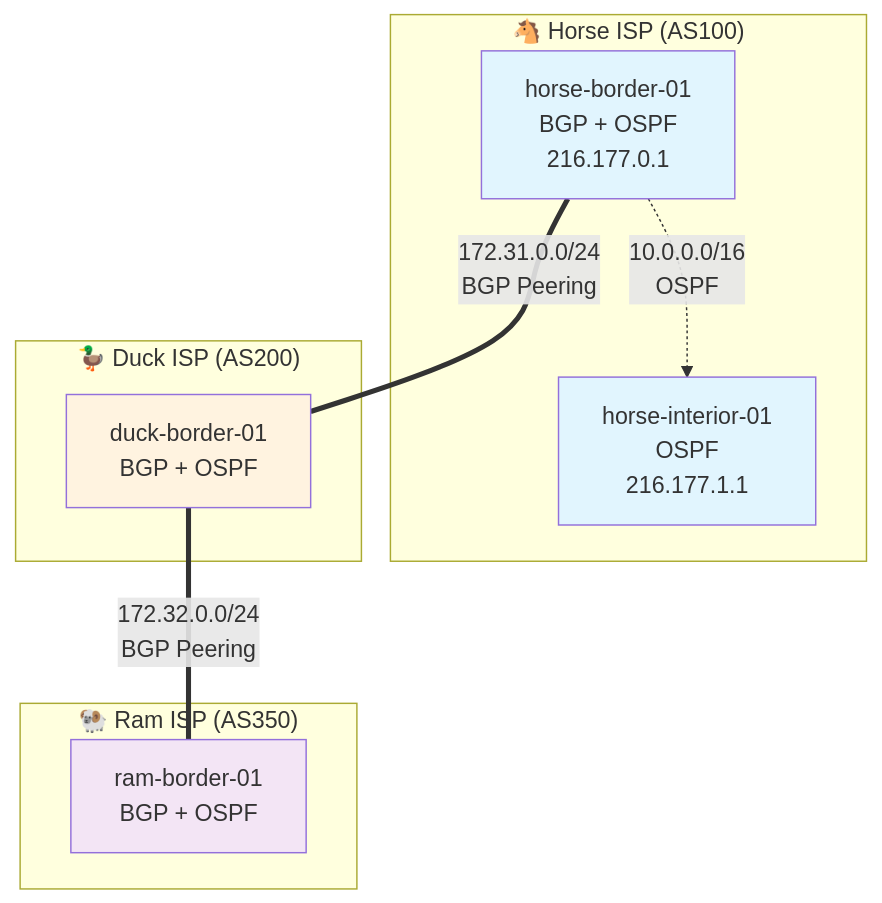
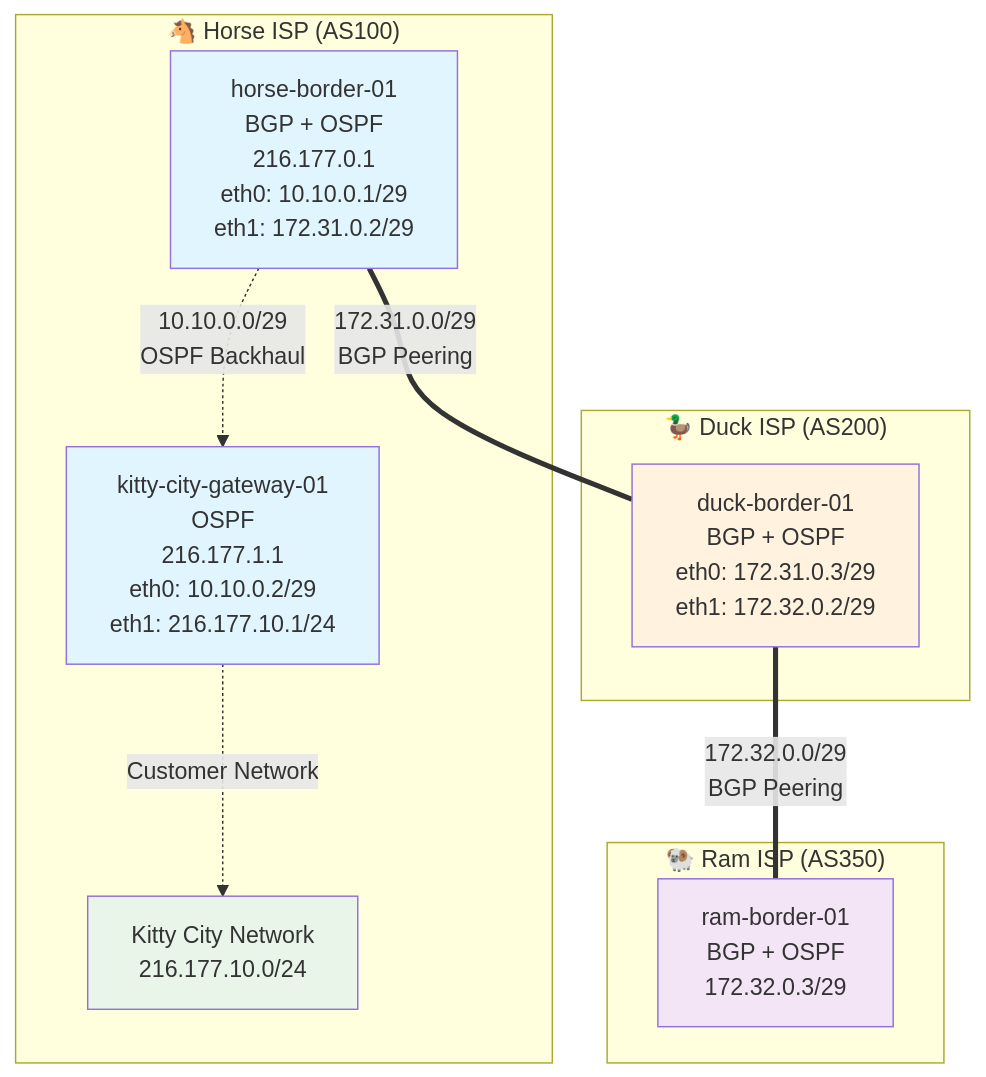
One commit to PatchworkHorse/InternetEmulator changed the diagram in README.md. Above: the diagram before and after it, drawn with Mermaid. The commit also changed other lines of this file and 5 other files, not shown here.

````diff
--- a/README.md
+++ b/README.md
@@ -38,27 +38,31 @@
 ```mermaid
 graph TD
    subgraph "🐴 Horse ISP (AS100)"
-      HB[horse-border-01<br>BGP + OSPF<br>216.177.0.1]
-      HI[horse-interior-01<br>OSPF<br>216.177.1.1]
-      HB -.->|"10.0.0.0/16<br>OSPF"| HI
+      HB[horse-border-01<br>BGP + OSPF<br>216.177.0.1<br>eth0: 10.10.0.1/29<br>eth1: 172.31.0.2/29]
+      HI[kitty-city-gateway-01<br>OSPF<br>216.177.1.1<br>eth0: 10.10.0.2/29<br>eth1: 216.177.10.1/24]
+      KC[Kitty City Network<br>216.177.10.0/24]
+      HB -.->|"10.10.0.0/29<br>OSPF Backhaul"| HI
+      HI -.->|"Customer Network"| KC
    end
    
    subgraph "🦆 Duck ISP (AS200)"
-      DB[duck-border-01<br>BGP + OSPF]
+      DB[duck-border-01<br>BGP + OSPF<br>eth0: 172.31.0.3/29<br>eth1: 172.32.0.2/29]
    end
    
    subgraph "🐏 Ram ISP (AS350)"
-      RB[ram-border-01<br>BGP + OSPF]
+      RB[ram-border-01<br>BGP + OSPF<br>172.32.0.3/29]
    end
 
-   HB ===|"172.31.0.0/24<br>BGP Peering"| DB
-   DB ===|"172.32.0.0/24<br>BGP Peering"| RB
-   
+   HB ===|"172.31.0.0/29<br>BGP Peering"| DB
+   DB ===|"172.32.0.0/29<br>BGP Peering"| RB
+
    classDef horseClass fill:#e1f5fe
    classDef duckClass fill:#fff3e0
    classDef ramClass fill:#f3e5f5
+   classDef customerClass fill:#e8f5e8
    
    class HB,HI horseClass
    class DB duckClass
    class RB ramClass
+   class KC customerClass
 ```
````
